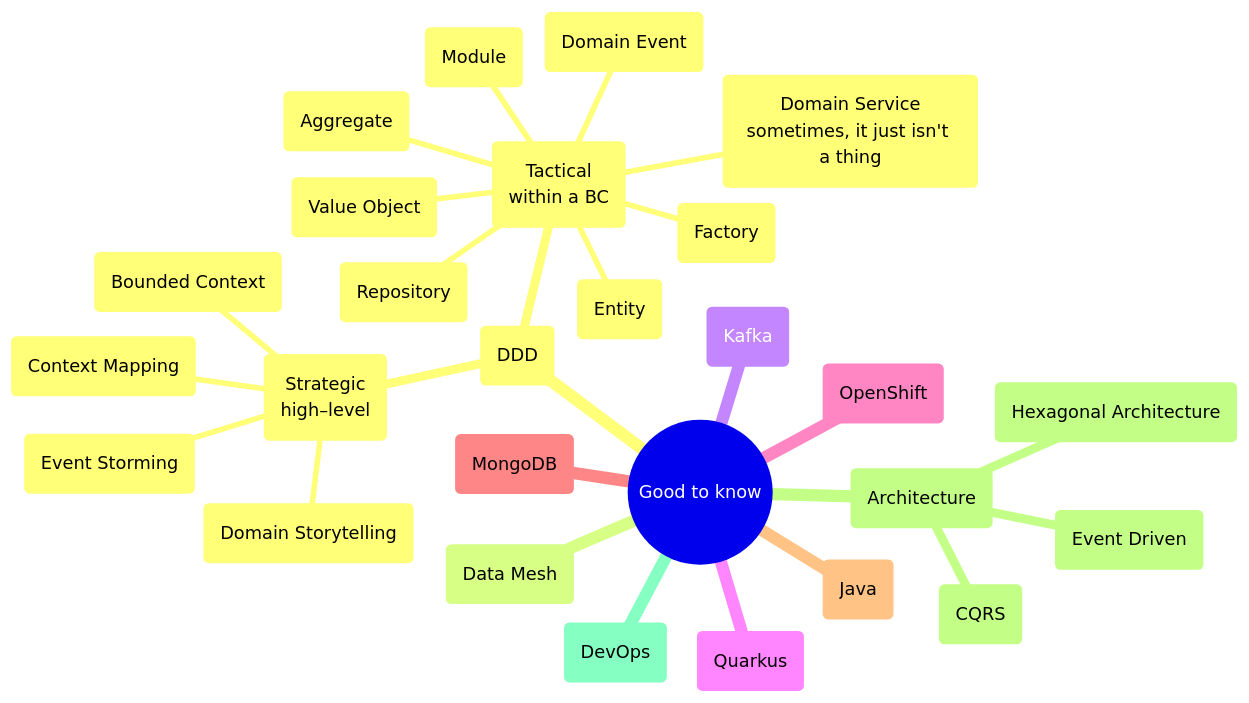
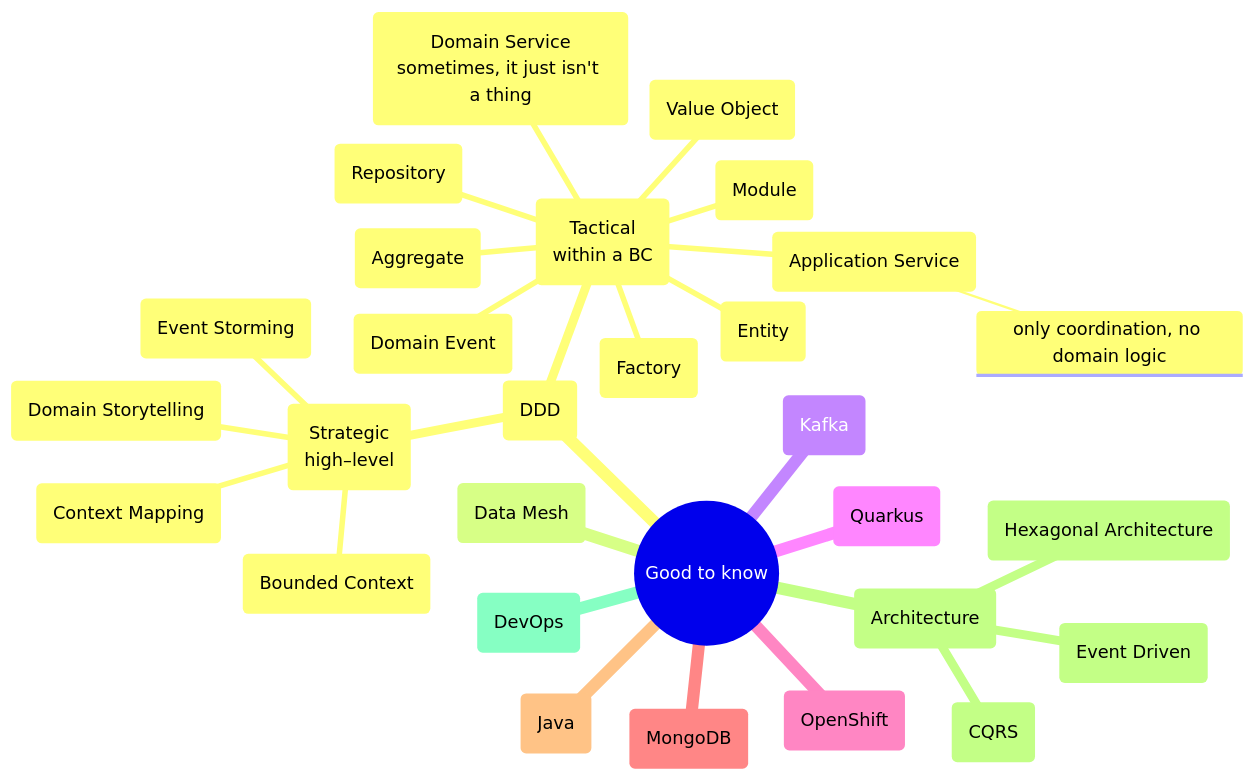
Before and after one commit to mhaspra/mindmaps: the diagram in README.md, drawn with Mermaid.

````diff
--- a/README.md
+++ b/README.md
@@ -2,30 +2,32 @@
 ```mermaid
  mindmap
   root((Good to know))
    (DDD)
     (Strategic<br>high–level)
      (Domain Storytelling)
      (Event Storming)
      (Context Mapping)
      (Bounded Context)
     (Tactical<br>within a BC)
      (Value Object)
      (Entity)
      (Aggregate)
      (Domain Service<br>sometimes, it just isn't a thing)
      (Domain Event)
      (Factory)
      (Repository)
      (Module)
+     (Application Service)
+      only coordination, no domain logic
    (Data Mesh)
    (Kafka)
    (Quarkus)
    (OpenShift)
    (MongoDB)
    (Java)
    (Architecture)
     (Hexagonal Architecture)
     (CQRS)
     (Event Driven)
    (DevOps)
 ```
````
